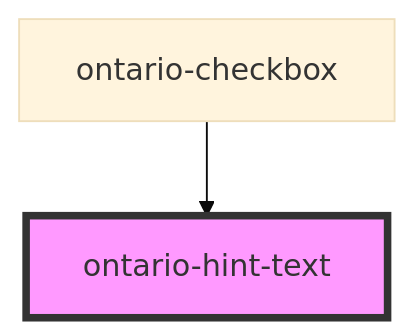
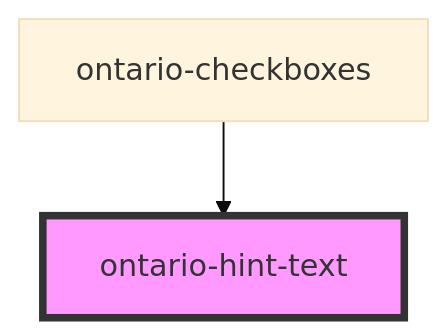
The diagram in packages/ontario-design-system-component-library/src/components/ontario-hint-text/readme.md (ongov/ontario-design-system), drawn with Mermaid (base theme) before and after one commit. The commit also changed other lines of this file and 3 other files, not shown here.

````diff
--- a/packages/ontario-design-system-component-library/src/components/ontario-hint-text/readme.md
+++ b/packages/ontario-design-system-component-library/src/components/ontario-hint-text/readme.md
@@ -23,5 +23,5 @@
 ```mermaid
 graph TD;
-  ontario-checkbox --> ontario-hint-text
+  ontario-checkboxes --> ontario-hint-text
   style ontario-hint-text fill:#f9f,stroke:#333,stroke-width:4px
 ```
````
